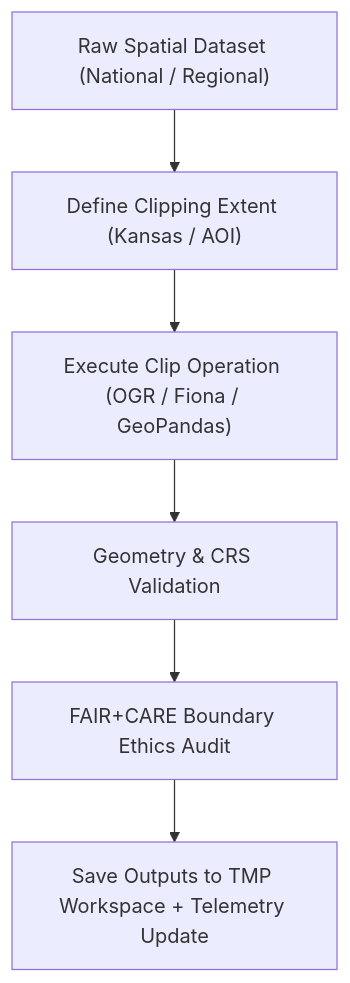
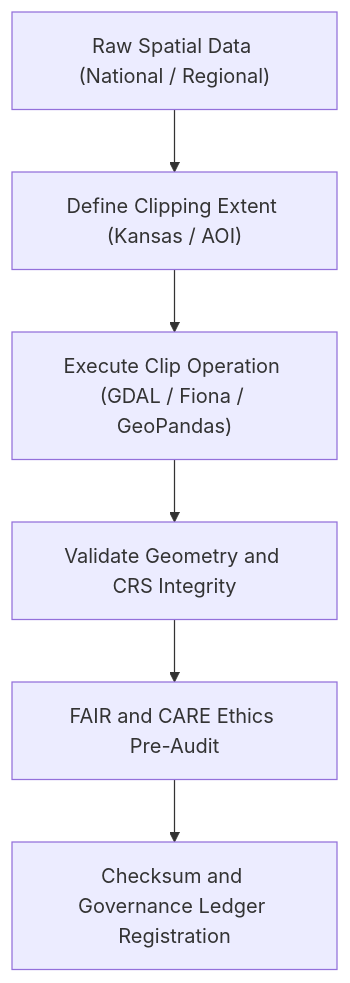
The diagram in data/work/staging/spatial/tmp/clipping/README.md (bartytime4life/Kansas-Frontier-Matrix), drawn with Mermaid before and after one commit. The commit also changed other lines of this file, not shown here.

````diff
--- a/data/work/staging/spatial/tmp/clipping/README.md
+++ b/data/work/staging/spatial/tmp/clipping/README.md
@@ -69,8 +63,8 @@
 ```mermaid
 flowchart TD
-    A["Raw Spatial Dataset (National / Regional)"] --> B["Define Clipping Extent (Kansas / AOI)"]
-    B --> C["Execute Clip Operation (OGR / Fiona / GeoPandas)"]
-    C --> D["Geometry & CRS Validation"]
-    D --> E["FAIR+CARE Boundary Ethics Audit"]
-    E --> F["Save Outputs to TMP Workspace + Telemetry Update"]
+    A["Raw Spatial Data (National / Regional)"] --> B["Define Clipping Extent (Kansas / AOI)"]
+    B --> C["Execute Clip Operation (GDAL / Fiona / GeoPandas)"]
+    C --> D["Validate Geometry and CRS Integrity"]
+    D --> E["FAIR and CARE Ethics Pre-Audit"]
+    E --> F["Checksum and Governance Ledger Registration"]
 ```
````
